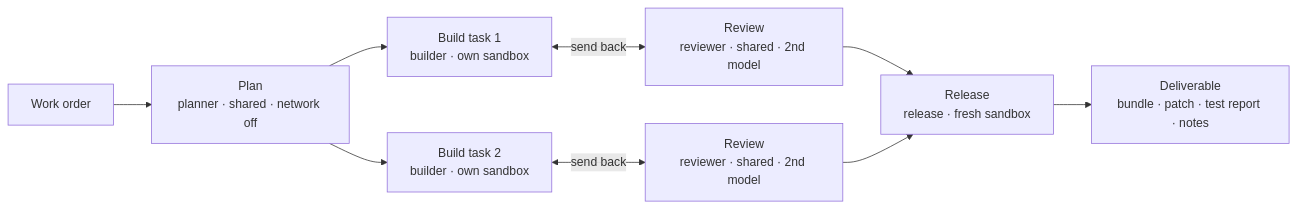
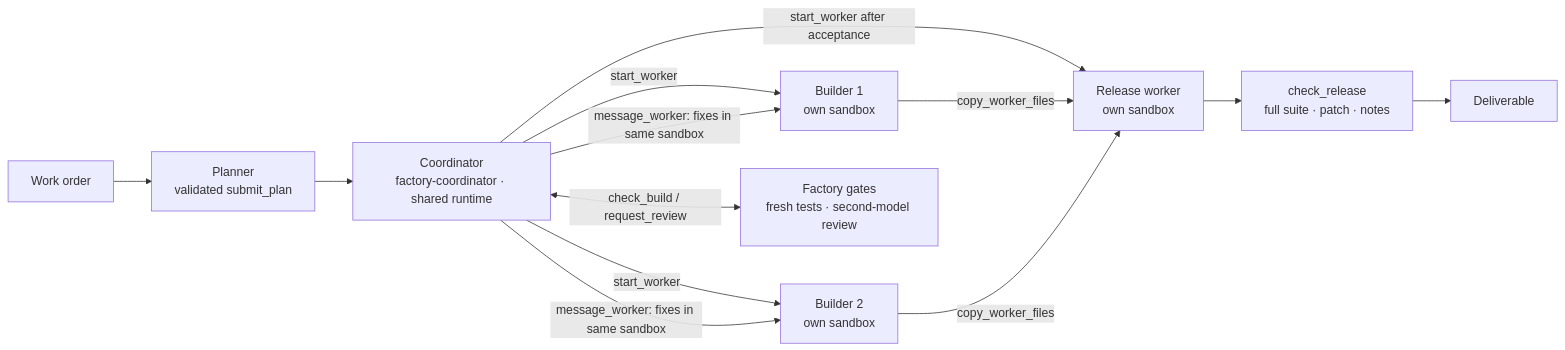
Before and after one commit to patniko/managed-copilot-sdk: the diagram in demos/software-factory/README.md, drawn with Mermaid. The commit also changed other lines of this file and 6 other files, not shown here.

````diff
--- a/demos/software-factory/README.md
+++ b/demos/software-factory/README.md
@@ -15,11 +19,15 @@
 ```mermaid
 flowchart LR
-  WO["Work order"] --> P["Plan<br/>planner · shared · network off"]
-  P --> B1["Build task 1<br/>builder · own sandbox"]
-  P --> B2["Build task 2<br/>builder · own sandbox"]
-  B1 <-->|"send back"| R1["Review<br/>reviewer · shared · 2nd model"]
-  B2 <-->|"send back"| R2["Review<br/>reviewer · shared · 2nd model"]
-  R1 --> REL["Release<br/>release · fresh sandbox"]
-  R2 --> REL
-  REL --> D["Deliverable<br/>bundle · patch · test report · notes"]
+  WO["Work order"] --> P["Planner<br/>validated submit_plan"]
+  P --> C["Coordinator<br/>factory-coordinator · shared runtime"]
+  C -->|"start_worker"| B1["Builder 1<br/>own sandbox"]
+  C -->|"start_worker"| B2["Builder 2<br/>own sandbox"]
+  C <-->|"check_build / request_review"| G["Factory gates<br/>fresh tests · second-model review"]
+  C -->|"message_worker: fixes in same sandbox"| B1
+  C -->|"message_worker: fixes in same sandbox"| B2
+  C -->|"start_worker after acceptance"| REL["Release worker<br/>own sandbox"]
+  B1 -->|"copy_worker_files"| REL
+  B2 -->|"copy_worker_files"| REL
+  REL --> CHECK["check_release<br/>full suite · patch · notes"]
+  CHECK --> D["Deliverable"]
 ```
````
